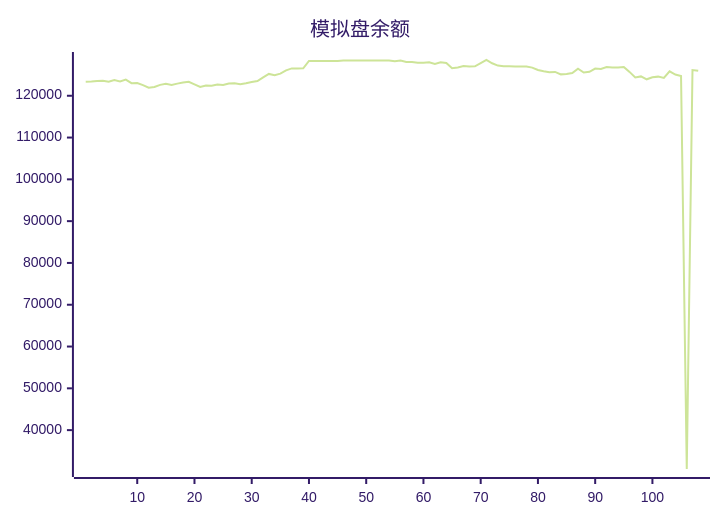
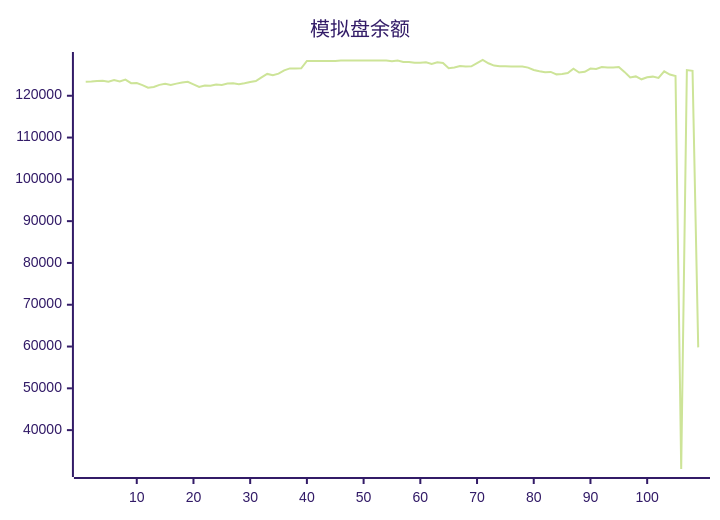
One commit to aahl/ai-trading changed the diagram in README.md. Above: the diagram before and after it, drawn with Mermaid (forest theme). The commit also changed other lines of this file and 1 other file, not shown here.

````diff
--- a/README.md
+++ b/README.md
@@ -5,5 +5,5 @@
 ```mermaid
 xychart
     title "模拟盘余额"
-    line [123338,123402,123530,123592,123378,123745,123413,123853,123009,123040,122557,121938,122095,122599,122856,122597,122898,123160,123319,122719,122087,122454,122416,122685,122592,122907,122961,122776,122981,123295,123507,124403,125224,124894,125303,126088,126544,126534,126549,128335,128318,128318,128318,128318,128318,128424,128424,128424,128424,128424,128424,128424,128424,128424,128247,128412,128062,128087,127917,127901,128026,127611,128000,127850,126572,126770,127100,126971,127029,127783,128554,127765,127224,127064,127044,127009,127025,127004,126738,126152,125871,125635,125707,125117,125217,125420,126480,125545,125715,126511,126424,126856,126764,126788,126890,125710,124381,124632,123936,124402,124574,124256,125833,125070,124739,30700,126154,125966]
+    line [123338,123402,123530,123592,123378,123745,123413,123853,123009,123040,122557,121938,122095,122599,122856,122597,122898,123160,123319,122719,122087,122454,122416,122685,122592,122907,122961,122776,122981,123295,123507,124403,125224,124894,125303,126088,126544,126534,126549,128335,128318,128318,128318,128318,128318,128424,128424,128424,128424,128424,128424,128424,128424,128424,128247,128412,128062,128087,127917,127901,128026,127611,128000,127850,126572,126770,127100,126971,127029,127783,128554,127765,127224,127064,127044,127009,127025,127004,126738,126152,125871,125635,125707,125117,125217,125420,126480,125545,125715,126511,126424,126856,126764,126788,126890,125710,124381,124632,123936,124402,124574,124256,125833,125070,124739,30700,126154,125966,59800]
 ```
````
